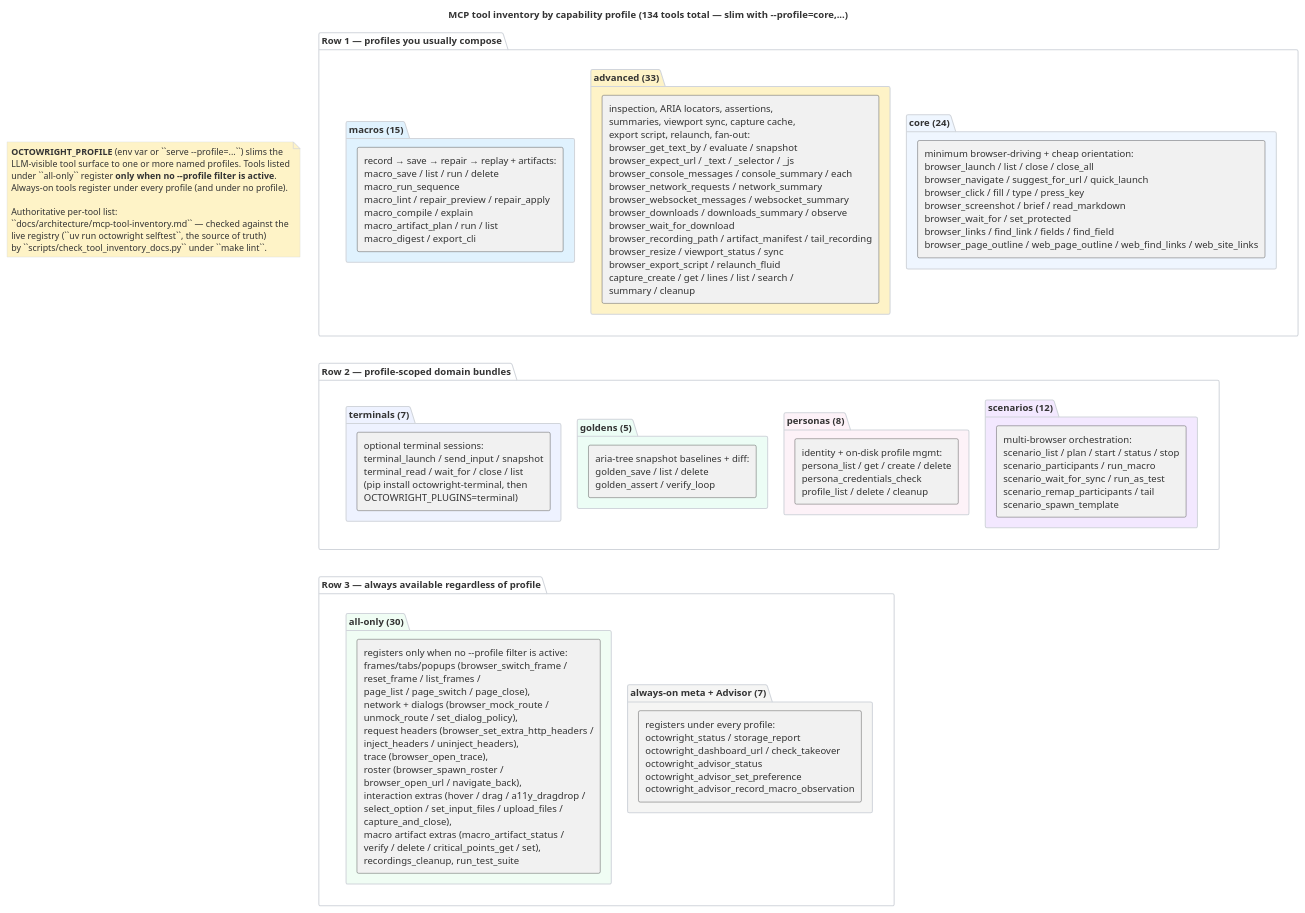
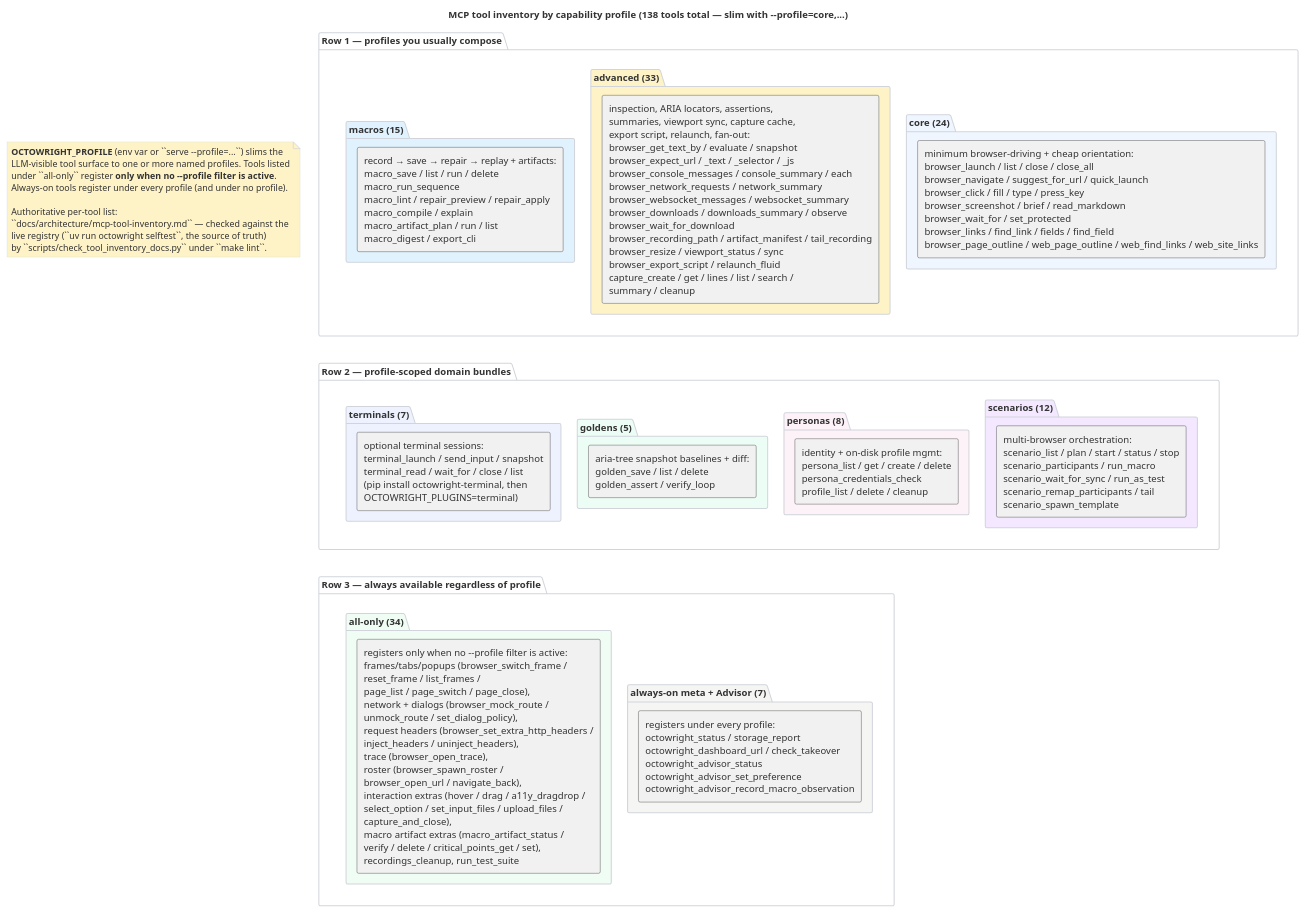
One commit to livingstaccato/octowright changed the diagram in docs/architecture/mcp-tool-surface.puml. Above: the diagram before and after it, drawn with PlantUML. The commit also changed 6 other files, not shown here.

Commit message:
docs: sync tool inventory and changelog for the emulation surface

```diff
--- a/docs/architecture/mcp-tool-surface.puml
+++ b/docs/architecture/mcp-tool-surface.puml
@@ -5,72 +5,72 @@
 @startuml mcp-tool-surface
-title MCP tool inventory by capability profile (134 tools total — slim with --profile=core,...)
+title MCP tool inventory by capability profile (138 tools total — slim with --profile=core,...)
 
 skinparam backgroundColor #ffffff
 skinparam defaultFontColor #333333
 skinparam packageBorderColor #d1d5db
 skinparam packageBackgroundColor #f9fafb
 skinparam noteBackgroundColor #fef3c7
 skinparam noteBorderColor #d1d5db
 skinparam ArrowColor transparent
 
 ' PlantUML doesn't have a real grid layout. The trick that works: wrap
 ' each row of profile boxes in an outer "row" package. Outer packages
 ' stack vertically because nothing links them horizontally; inner
 ' boxes pack horizontally within their row.
 
 note as LEGEND #fef3c7
   **OCTOWRIGHT_PROFILE** (env var or ``serve --profile=...``) slims the
   LLM-visible tool surface to one or more named profiles. Tools listed
   under ``all-only`` register **only when no --profile filter is active**.
   Always-on tools register under every profile (and under no profile).
 
   Authoritative per-tool list:
   ``docs/architecture/mcp-tool-inventory.md`` — checked against the
   live registry (``uv run octowright selftest``, the source of truth)
   by ``scripts/check_tool_inventory_docs.py`` under ``make lint``.
 end note
 
 package "Row 1 — profiles you usually compose" as ROW1 #ffffff {
   package "core (24)" as P_CORE #eff6ff {
     rectangle "minimum browser-driving + cheap orientation:\nbrowser_launch / list / close / close_all\nbrowser_navigate / suggest_for_url / quick_launch\nbrowser_click / fill / type / press_key\nbrowser_screenshot / brief / read_markdown\nbrowser_wait_for / set_protected\nbrowser_links / find_link / fields / find_field\nbrowser_page_outline / web_page_outline / web_find_links / web_site_links" as R_CORE
   }
   package "advanced (33)" as P_ADV #fef3c7 {
     rectangle "inspection, ARIA locators, assertions,\nsummaries, viewport sync, capture cache,\nexport script, relaunch, fan-out:\nbrowser_get_text_by / evaluate / snapshot\nbrowser_expect_url / _text / _selector / _js\nbrowser_console_messages / console_summary / each\nbrowser_network_requests / network_summary\nbrowser_websocket_messages / websocket_summary\nbrowser_downloads / downloads_summary / observe\nbrowser_wait_for_download\nbrowser_recording_path / artifact_manifest / tail_recording\nbrowser_resize / viewport_status / sync\nbrowser_export_script / relaunch_fluid\ncapture_create / get / lines / list / search /\nsummary / cleanup" as R_ADV
   }
   package "macros (15)" as P_MAC #e0f2fe {
     rectangle "record → save → repair → replay + artifacts:\nmacro_save / list / run / delete\nmacro_run_sequence\nmacro_lint / repair_preview / repair_apply\nmacro_compile / explain\nmacro_artifact_plan / run / list\nmacro_digest / export_cli" as R_MAC
   }
 }
 
 package "Row 2 — profile-scoped domain bundles" as ROW2 #ffffff {
   package "scenarios (12)" as P_SCN #f3e8ff {
     rectangle "multi-browser orchestration:\nscenario_list / plan / start / status / stop\nscenario_participants / run_macro\nscenario_wait_for_sync / run_as_test\nscenario_remap_participants / tail\nscenario_spawn_template" as R_SCN
   }
   package "personas (8)" as P_PERS #fdf2f8 {
     rectangle "identity + on-disk profile mgmt:\npersona_list / get / create / delete\npersona_credentials_check\nprofile_list / delete / cleanup" as R_PERS
   }
   package "goldens (5)" as P_GOLD #ecfdf5 {
     rectangle "aria-tree snapshot baselines + diff:\ngolden_save / list / delete\ngolden_assert / verify_loop" as R_GOLD
   }
   package "terminals (7)" as P_TERM #eef2ff {
     rectangle "optional terminal sessions:\nterminal_launch / send_input / snapshot\nterminal_read / wait_for / close / list\n(pip install octowright-terminal, then\nOCTOWRIGHT_PLUGINS=terminal)" as R_TERM
   }
 }
 
 package "Row 3 — always available regardless of profile" as ROW3 #ffffff {
   package "always-on meta + Advisor (7)" as P_META #f5f5f4 {
     rectangle "registers under every profile:\noctowright_status / storage_report\noctowright_dashboard_url / check_takeover\noctowright_advisor_status\noctowright_advisor_set_preference\noctowright_advisor_record_macro_observation" as R_META
   }
-  package "all-only (30)" as P_ALL #f0fdf4 {
+  package "all-only (34)" as P_ALL #f0fdf4 {
     rectangle "registers only when no --profile filter is active:\nframes/tabs/popups (browser_switch_frame /\nreset_frame / list_frames /\npage_list / page_switch / page_close),\nnetwork + dialogs (browser_mock_route /\nunmock_route / set_dialog_policy),\nrequest headers (browser_set_extra_http_headers /\ninject_headers / uninject_headers),\ntrace (browser_open_trace),\nroster (browser_spawn_roster /\nbrowser_open_url / navigate_back),\ninteraction extras (hover / drag / a11y_dragdrop /\nselect_option / set_input_files / upload_files /\ncapture_and_close),\nmacro artifact extras (macro_artifact_status /\nverify / delete / critical_points_get / set),\nrecordings_cleanup, run_test_suite" as R_ALL
   }
 }
 
 ' Force vertical stacking of the row packages. Without these, PlantUML
 ' lays the three outer packages out in a single horizontal strip.
 ' (The note doesn't participate — hidden-arrow on a note leaks as a
 ' visible text label in some renderers.)
 ROW1 -[hidden]down-> ROW2
 ROW2 -[hidden]down-> ROW3
 
 @enduml
```
